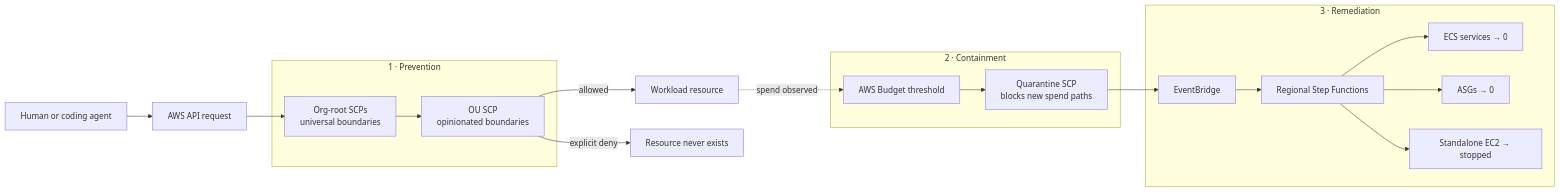
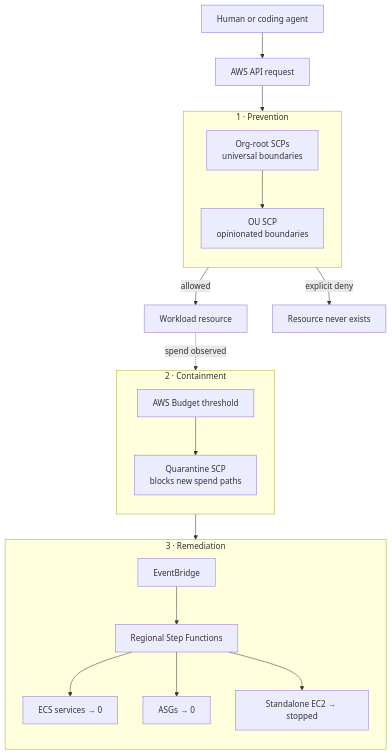
Before and after one commit to realcloudnative/personal-aws-guardrails: the first of 2 diagrams in README.md, drawn with Mermaid.

Commit message:
Make architecture diagram vertical for readability

````diff
--- a/README.md
+++ b/README.md
@@ -93,27 +93,30 @@
 ```mermaid
-flowchart LR
+flowchart TB
     Agent[Human or coding agent] --> API[AWS API request]
 
     subgraph Prevention[1 · Prevention]
-      Root[Org-root SCPs<br/>universal boundaries]
-      OU[OU SCP<br/>opinionated boundaries]
+      direction TB
+      Root[Org-root SCPs<br/>universal boundaries] --> OU[OU SCP<br/>opinionated boundaries]
     end
 
-    API --> Root --> OU
+    API --> Root
     OU -->|allowed| Resource[Workload resource]
     OU -->|explicit deny| Never[Resource never exists]
 
+    Resource -. spend observed .-> Budget
+
     subgraph Containment[2 · Containment]
+      direction TB
       Budget[AWS Budget threshold] --> Quarantine[Quarantine SCP<br/>blocks new spend paths]
     end
 
+    Quarantine --> Event
+
     subgraph Remediation[3 · Remediation]
+      direction TB
       Event[EventBridge] --> SF[Regional Step Functions]
       SF --> ECS[ECS services → 0]
       SF --> ASG[ASGs → 0]
       SF --> EC2[Standalone EC2 → stopped]
     end
-
-    Resource -. spend observed .-> Budget
-    Quarantine --> Event
 ```
````
